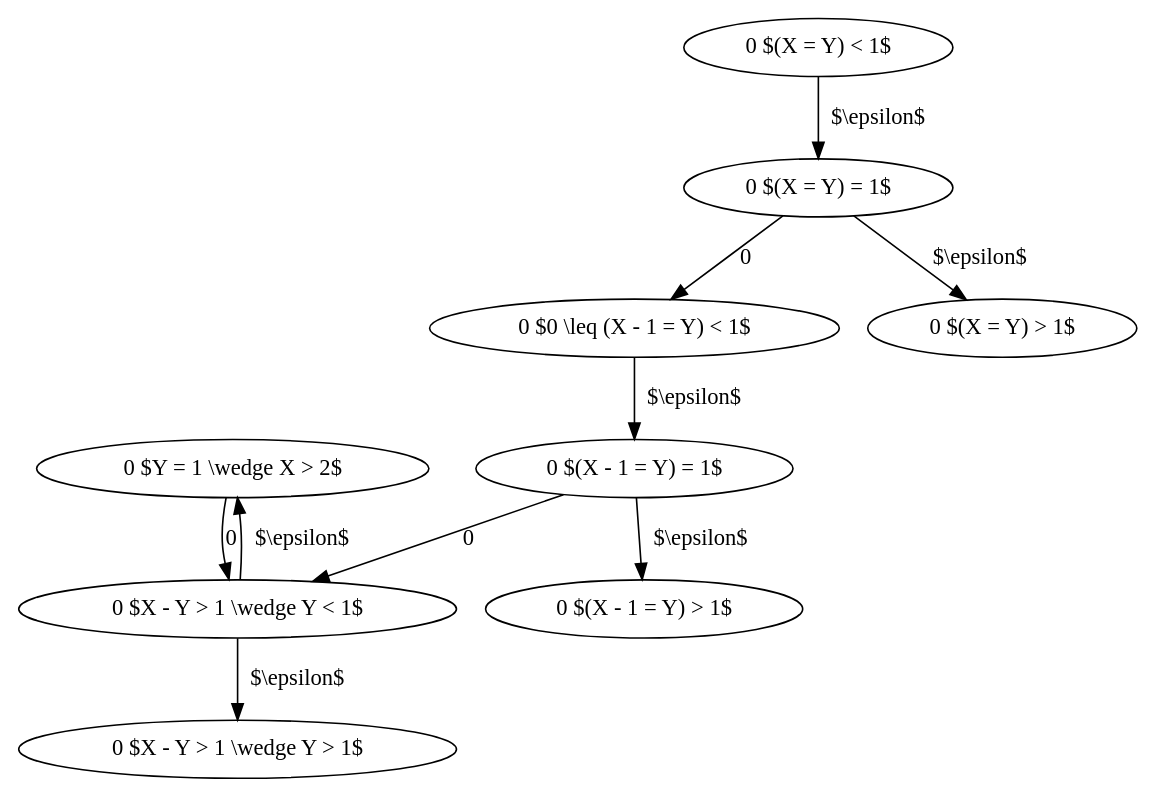
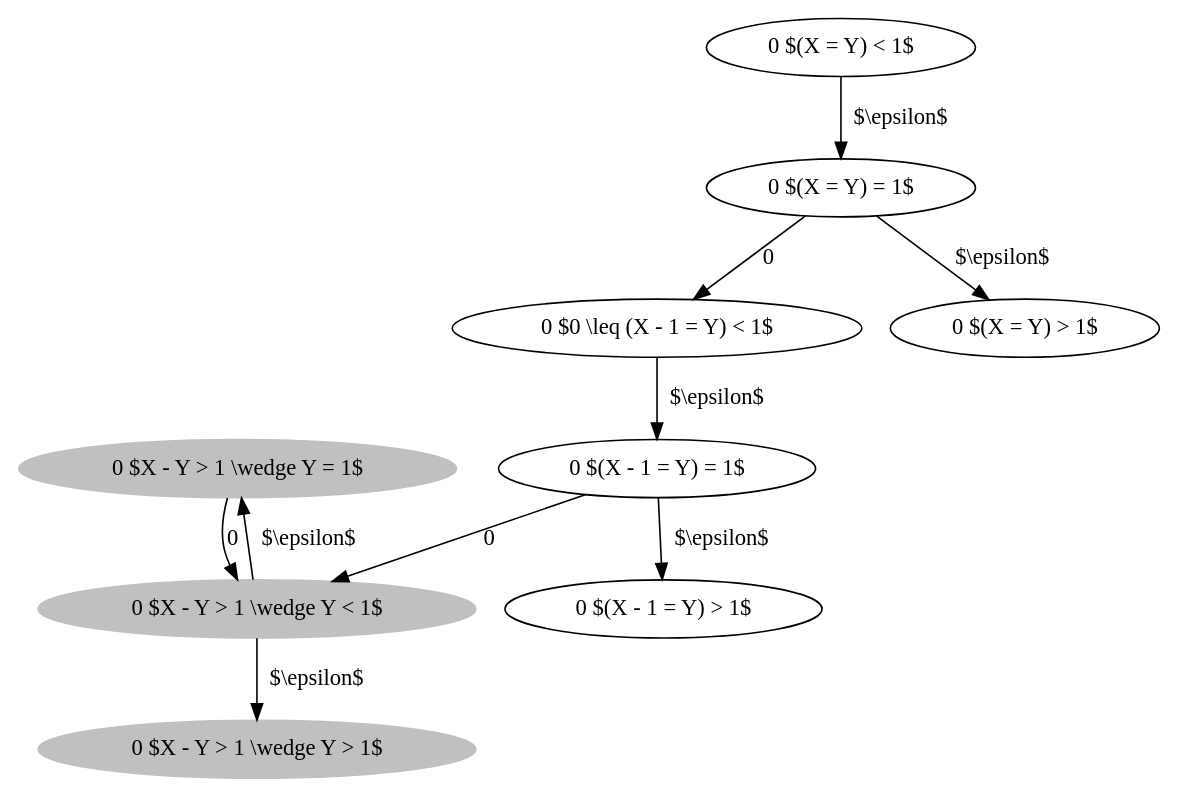
One commit to sguha100/bachelor-thesis changed the diagram in thesis/breaking2-zones-abstracted.dot. Above: the diagram before and after it, drawn with Graphviz. The commit also changed 5 other files, not shown here.

```diff
--- a/thesis/breaking2-zones-abstracted.dot
+++ b/thesis/breaking2-zones-abstracted.dot
@@ -1,20 +1,20 @@
 digraph {
-"0 $Y = 1 \\wedge X > 2$";
-"0 $X - Y > 1 \\wedge Y < 1$";
-"0 $X - Y > 1 \\wedge Y > 1$";
+"0 $X - Y > 1 \\wedge Y = 1$" [style=filled,color=silver];
+"0 $X - Y > 1 \\wedge Y < 1$" [style=filled,color=silver];
+"0 $X - Y > 1 \\wedge Y > 1$" [style=filled,color=silver];
 "0 $(X - 1 = Y) = 1$";
 "0 $0 \\leq (X - 1 = Y) < 1$";
 "0 $(X - 1 = Y) > 1$";
 "0 $(X = Y) > 1$";
 "0 $(X = Y) < 1$";
 "0 $(X = Y) = 1$";
-"0 $X - Y > 1 \\wedge Y < 1$" -> "0 $Y = 1 \\wedge X > 2$" [label = "$\\epsilon$"];
-"0 $Y = 1 \\wedge X > 2$" -> "0 $X - Y > 1 \\wedge Y < 1$" [label = "0"];
+"0 $X - Y > 1 \\wedge Y < 1$" -> "0 $X - Y > 1 \\wedge Y = 1$" [label = "$\\epsilon$"];
+"0 $X - Y > 1 \\wedge Y = 1$" -> "0 $X - Y > 1 \\wedge Y < 1$" [label = "0"];
 "0 $(X - 1 = Y) = 1$" -> "0 $X - Y > 1 \\wedge Y < 1$" [label = "0"];
 "0 $X - Y > 1 \\wedge Y < 1$" -> "0 $X - Y > 1 \\wedge Y > 1$" [label = "$\\epsilon$"];
 "0 $0 \\leq (X - 1 = Y) < 1$" -> "0 $(X - 1 = Y) = 1$" [label = "$\\epsilon$"];
 "0 $(X = Y) = 1$" -> "0 $0 \\leq (X - 1 = Y) < 1$" [label = "0"];
 "0 $(X - 1 = Y) = 1$" -> "0 $(X - 1 = Y) > 1$" [label = "$\\epsilon$"];
 "0 $(X = Y) = 1$" -> "0 $(X = Y) > 1$" [label = "$\\epsilon$"];
 "0 $(X = Y) < 1$" -> "0 $(X = Y) = 1$" [label = "$\\epsilon$"];
 }
```
